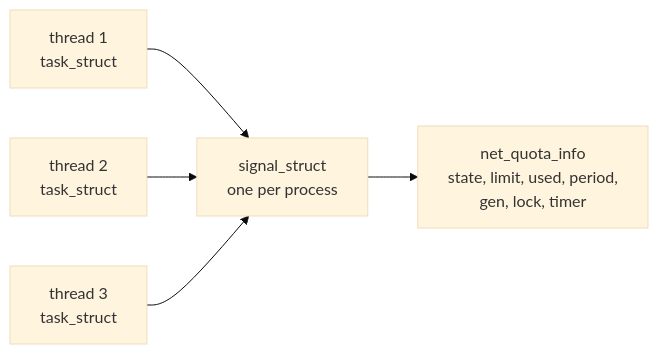
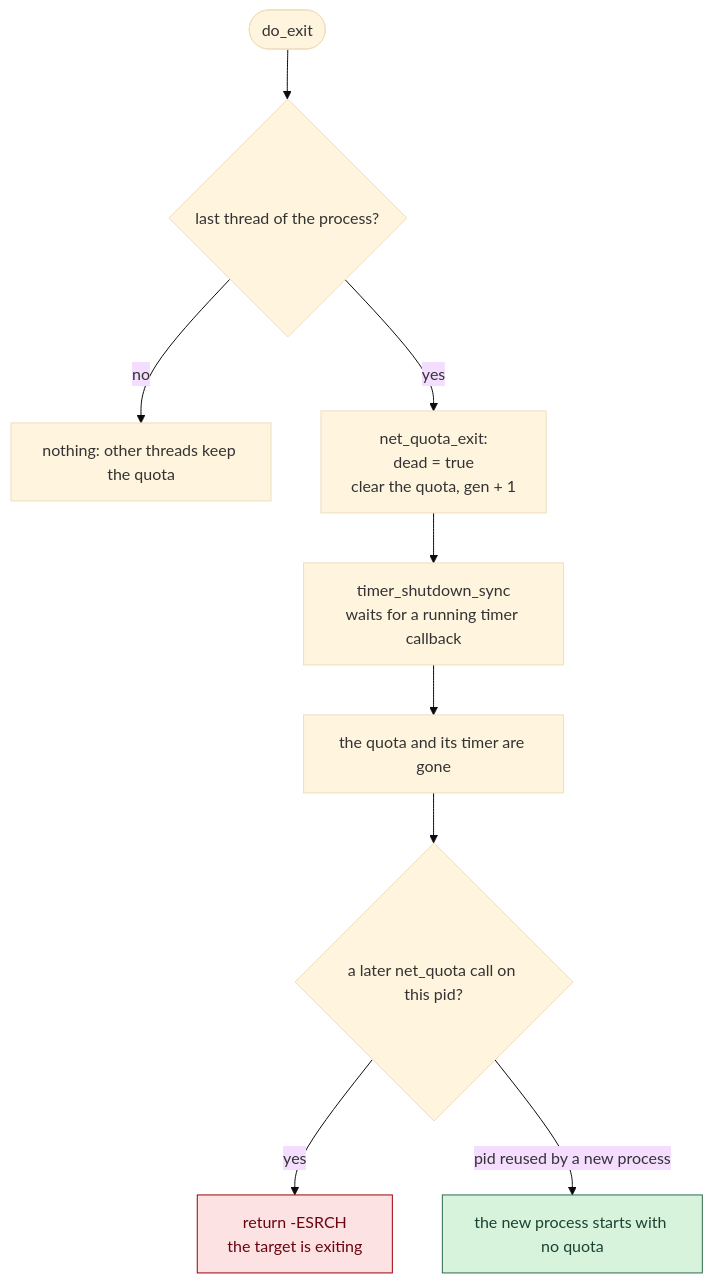
One commit to Dhruv0306/net-quota-syscall changed diagram 15 of 18 in docs/how-it-works.md. Above: the diagram before and after it, drawn with Mermaid (base theme). The commit also changed other lines of this file and 5 other files, not shown here.

First line of the commit message:
docs: rewrite how-it-works with branching diagrams, add the syscall reference

````diff
--- a/docs/how-it-works.md
+++ b/docs/how-it-works.md
@@ -193,7 +545,16 @@
 ```mermaid
-flowchart LR
-  T1["thread 1<br/>task_struct"] --> S
-  T2["thread 2<br/>task_struct"] --> S
-  T3["thread 3<br/>task_struct"] --> S
-  S["signal_struct<br/>one per process"] --> Q["net_quota_info<br/>state, limit, used, period,<br/>gen, lock, timer"]
+flowchart TD
+  A(["do_exit"]) --> B{"last thread of the process?"}
+  B -->|"no"| C["nothing: other threads keep the quota"]
+  B -->|"yes"| D["net_quota_exit:<br/>dead = true<br/>clear the quota, gen + 1"]
+  D --> E["timer_shutdown_sync<br/>waits for a running timer callback"]
+  E --> F["the quota and its timer are gone"]
+  F --> G{"a later net_quota call on this pid?"}
+  G -->|"yes"| H["return -ESRCH<br/>the target is exiting"]
+  G -->|"pid reused by a new process"| I["the new process starts with no quota"]
+
+  classDef good fill:#d8f3dc,stroke:#2d6a4f,color:#1b4332
+  classDef bad fill:#fde2e4,stroke:#9d0208,color:#6a040f
+  class I good
+  class H bad
 ```
````
